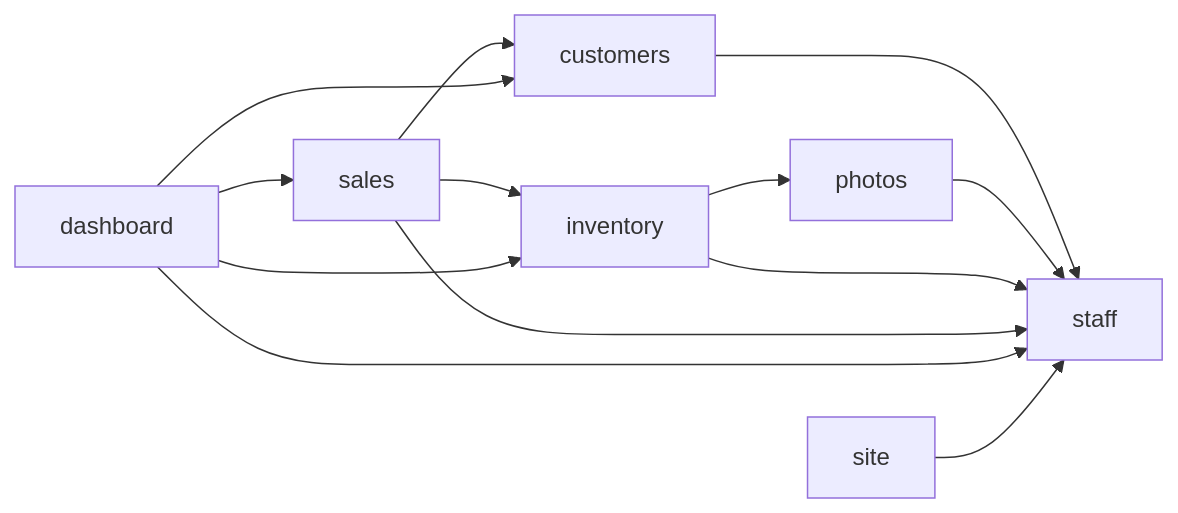
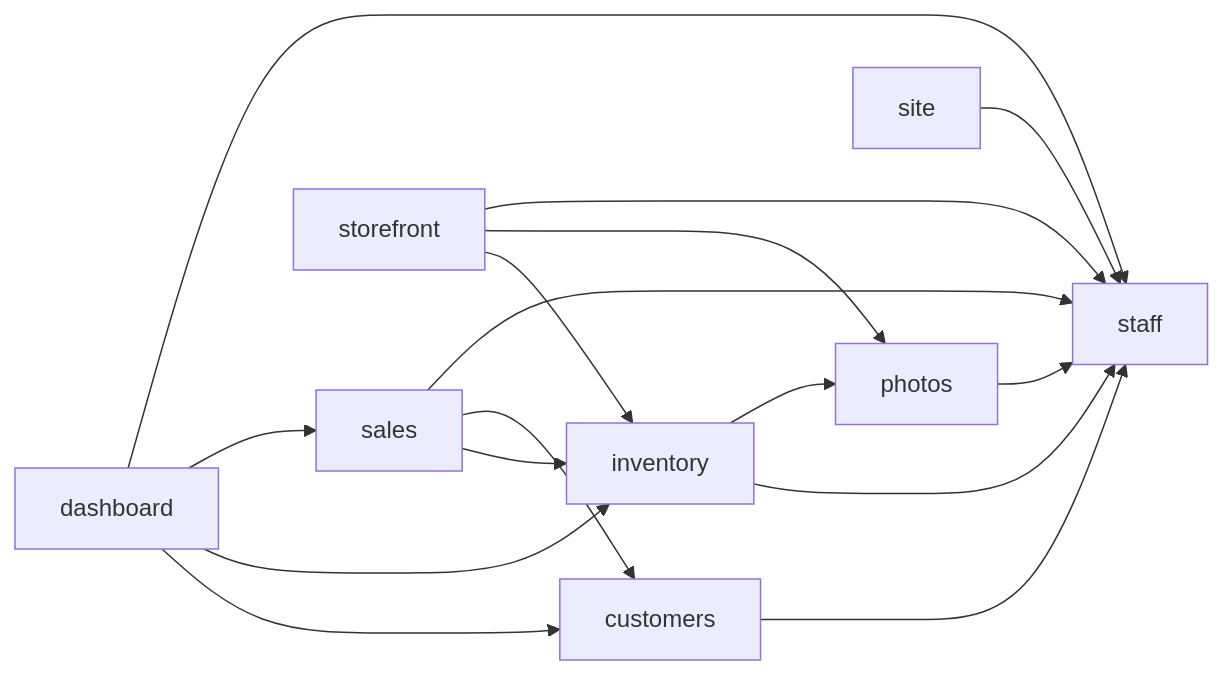
The diagram in docs/wiki/README.md (Ignibyte/aic-demo), drawn with Mermaid before and after one commit. The commit also changed other lines of this file and 97 other files, not shown here.

````diff
--- a/docs/wiki/README.md
+++ b/docs/wiki/README.md
@@ -60,16 +68,19 @@
 ```mermaid
 graph LR
     staff
     customers --> staff
     photos --> staff
     inventory --> staff
     inventory --> photos
     sales --> inventory
     sales --> customers
     sales --> staff
     dashboard --> customers
     dashboard --> inventory
     dashboard --> sales
     dashboard --> staff
     site --> staff
+    storefront --> inventory
+    storefront --> photos
+    storefront --> staff
 ```
````
